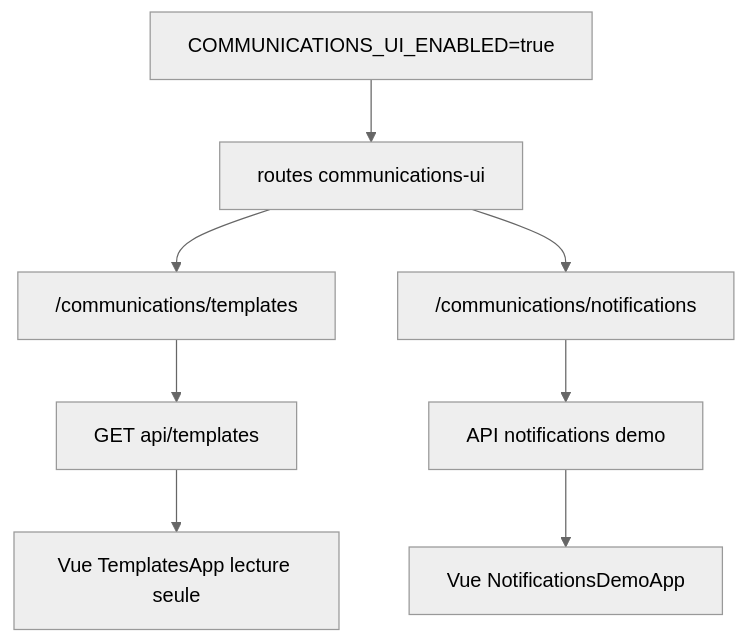
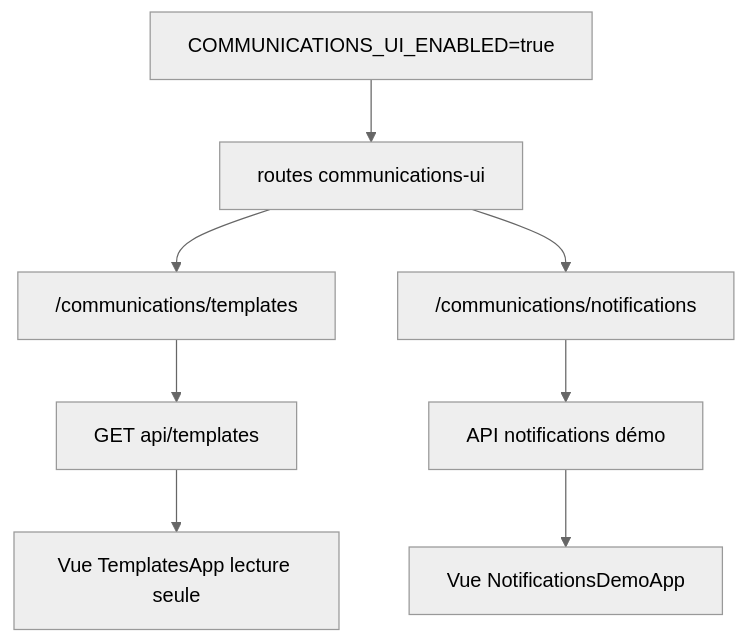
The fifth of 7 diagrams in docs/DIAGRAMS.md (Alex-Saba/notificationmanager), drawn with Mermaid (neutral theme) before and after one commit. The commit also changed other lines of this file and 7 other files, not shown here.

````diff
--- a/docs/DIAGRAMS.md
+++ b/docs/DIAGRAMS.md
@@ -91,10 +91,10 @@
 ```mermaid
 flowchart TD
     A["COMMUNICATIONS_UI_ENABLED=true"] --> B["routes communications-ui"]
     B --> C["/communications/templates"]
     B --> D["/communications/notifications"]
     C --> E["GET api/templates"]
-    D --> F["API notifications demo"]
+    D --> F["API notifications démo"]
     E --> G["Vue TemplatesApp lecture seule"]
     F --> H["Vue NotificationsDemoApp"]
 ```
````
